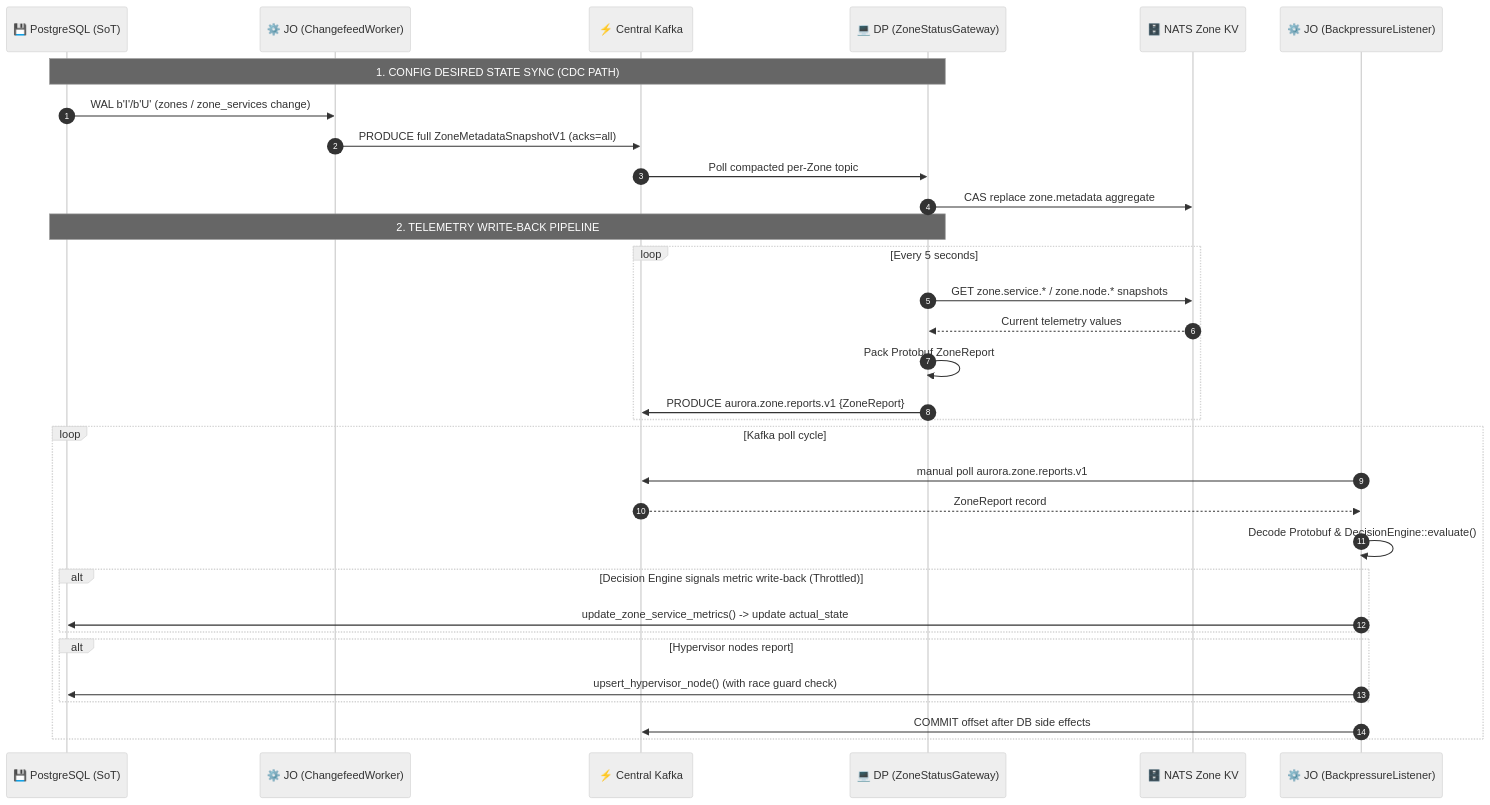
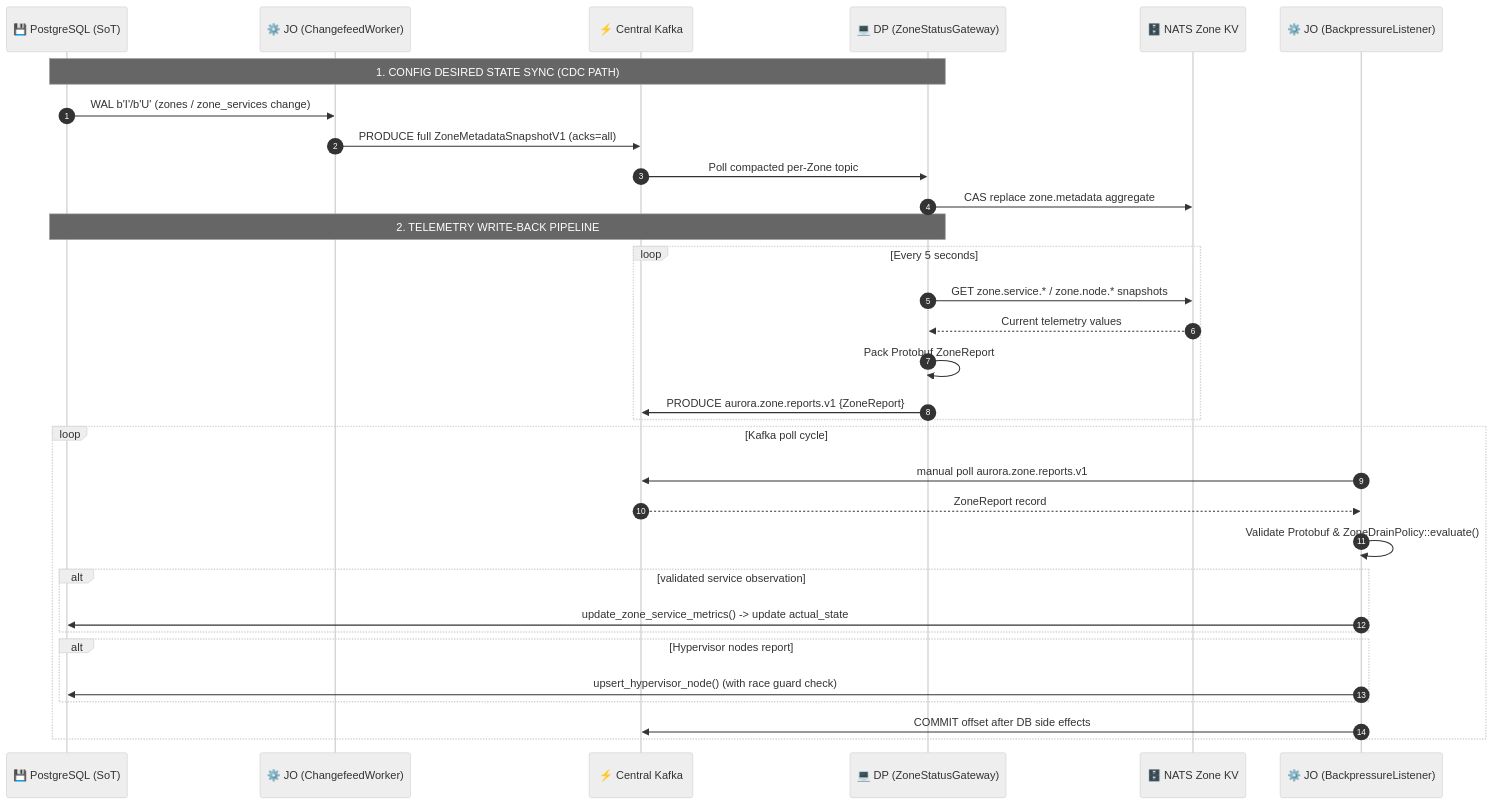
One commit to phucle996/aurora changed the fifth of 21 diagrams in god_view/hierarchy/zone_lifecycle_god_view.md. Above: the diagram before and after it, drawn with Mermaid (neutral theme). The commit also changed other lines of this file and 101 other files, not shown here.

````diff
--- a/god_view/hierarchy/zone_lifecycle_god_view.md
+++ b/god_view/hierarchy/zone_lifecycle_god_view.md
@@ -326,37 +326,37 @@
 ```mermaid
 sequenceDiagram
     autonumber
     participant DB as 💾 PostgreSQL (SoT)
     participant JO_CDC as ⚙️ JO (ChangefeedWorker)
     participant L1 as ⚡ Central Kafka
     participant DP_Gate as 💻 DP (ZoneStatusGateway)
     participant KV as 🗄️ NATS Zone KV
     participant JO_Back as ⚙️ JO (BackpressureListener)
 
     Note over DB,DP_Gate: 1. CONFIG DESIRED STATE SYNC (CDC PATH)
     DB->>JO_CDC: WAL b'I'/b'U' (zones / zone_services change)
     JO_CDC->>L1: PRODUCE full ZoneMetadataSnapshotV1 (acks=all)
     L1->>DP_Gate: Poll compacted per-Zone topic
     DP_Gate->>KV: CAS replace zone.metadata aggregate
 
     Note over DP_Gate,DB: 2. TELEMETRY WRITE-BACK PIPELINE
     loop Every 5 seconds
         DP_Gate->>KV: GET zone.service.* / zone.node.* snapshots
         KV-->>DP_Gate: Current telemetry values
         DP_Gate->>DP_Gate: Pack Protobuf ZoneReport
         DP_Gate->>L1: PRODUCE aurora.zone.reports.v1 {ZoneReport}
     end
 
     loop Kafka poll cycle
         JO_Back->>L1: manual poll aurora.zone.reports.v1
         L1-->>JO_Back: ZoneReport record
-        JO_Back->>JO_Back: Decode Protobuf & DecisionEngine::evaluate()
-        alt Decision Engine signals metric write-back (Throttled)
+        JO_Back->>JO_Back: Validate Protobuf & ZoneDrainPolicy::evaluate()
+        alt validated service observation
             JO_Back->>DB: update_zone_service_metrics() -> update actual_state
         end
         alt Hypervisor nodes report
             JO_Back->>DB: upsert_hypervisor_node() (with race guard check)
         end
         JO_Back->>L1: COMMIT offset after DB side effects
     end
 ```
````
